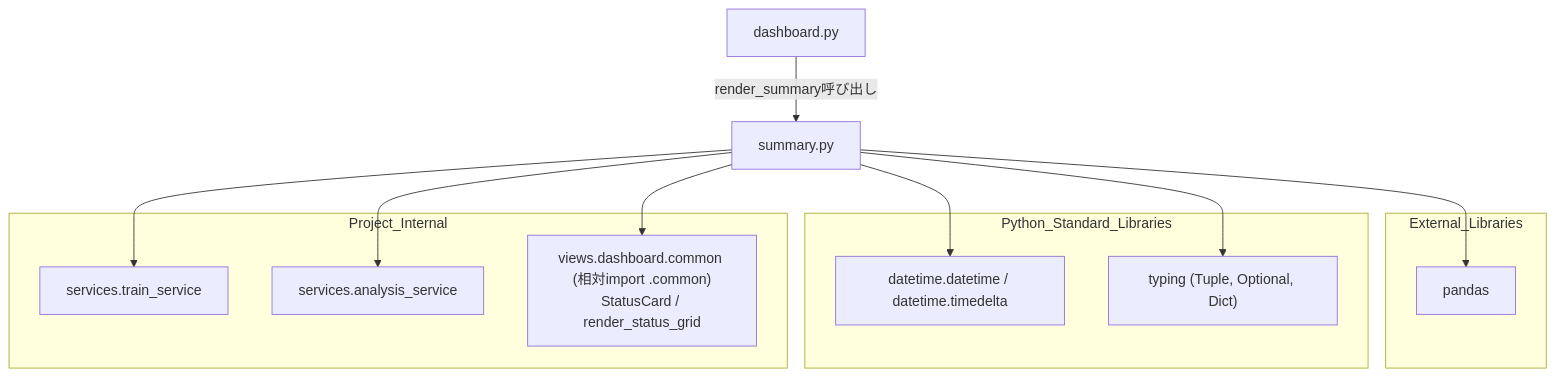
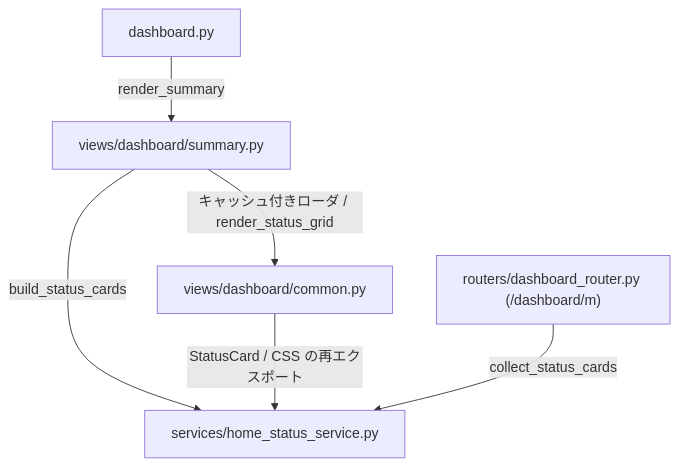
One commit to mmtigers/my_python_project changed the second of 2 diagrams in docs/specifications/MY_HOME_SYSTEM/summary.md. Above: the diagram before and after it, drawn with Mermaid. The commit also changed other lines of this file and 37 other files, not shown here.

````diff
--- a/docs/specifications/MY_HOME_SYSTEM/summary.md
+++ b/docs/specifications/MY_HOME_SYSTEM/summary.md
@@ -300,28 +88,14 @@
 ```mermaid
 graph TD
-    SummaryPy["summary.py"]
+    SummaryPy["views/dashboard/summary.py"]
+    ViewCommon["views/dashboard/common.py"]
+    HomeStatus["services/home_status_service.py"]
+    DashboardPy["dashboard.py"]
+    MobilePage["routers/dashboard_router.py (/dashboard/m)"]
 
-    subgraph External_Libraries
-        Pandas["pandas"]
-    end
-
-    subgraph Python_Standard_Libraries
-        DatetimeTimedelta["datetime.datetime / datetime.timedelta"]
-        Typing["typing (Tuple, Optional, Dict)"]
-    end
-
-    subgraph Project_Internal
-        TrainService["services.train_service"]
-        AnalysisService["services.analysis_service"]
-        DashboardCommon["views.dashboard.common (相対import .common)<br/>StatusCard / render_status_grid"]
-    end
-
-    SummaryPy --> Pandas
-    SummaryPy --> DatetimeTimedelta
-    SummaryPy --> Typing
-    SummaryPy --> TrainService
-    SummaryPy --> AnalysisService
-    SummaryPy --> DashboardCommon
-
-    Dashboard["dashboard.py"] -->|render_summary呼び出し| SummaryPy
+    DashboardPy -->|render_summary| SummaryPy
+    SummaryPy -->|build_status_cards| HomeStatus
+    SummaryPy -->|キャッシュ付きローダ / render_status_grid| ViewCommon
+    ViewCommon -->|StatusCard / CSS の再エクスポート| HomeStatus
+    MobilePage -->|collect_status_cards| HomeStatus
 ```
````
